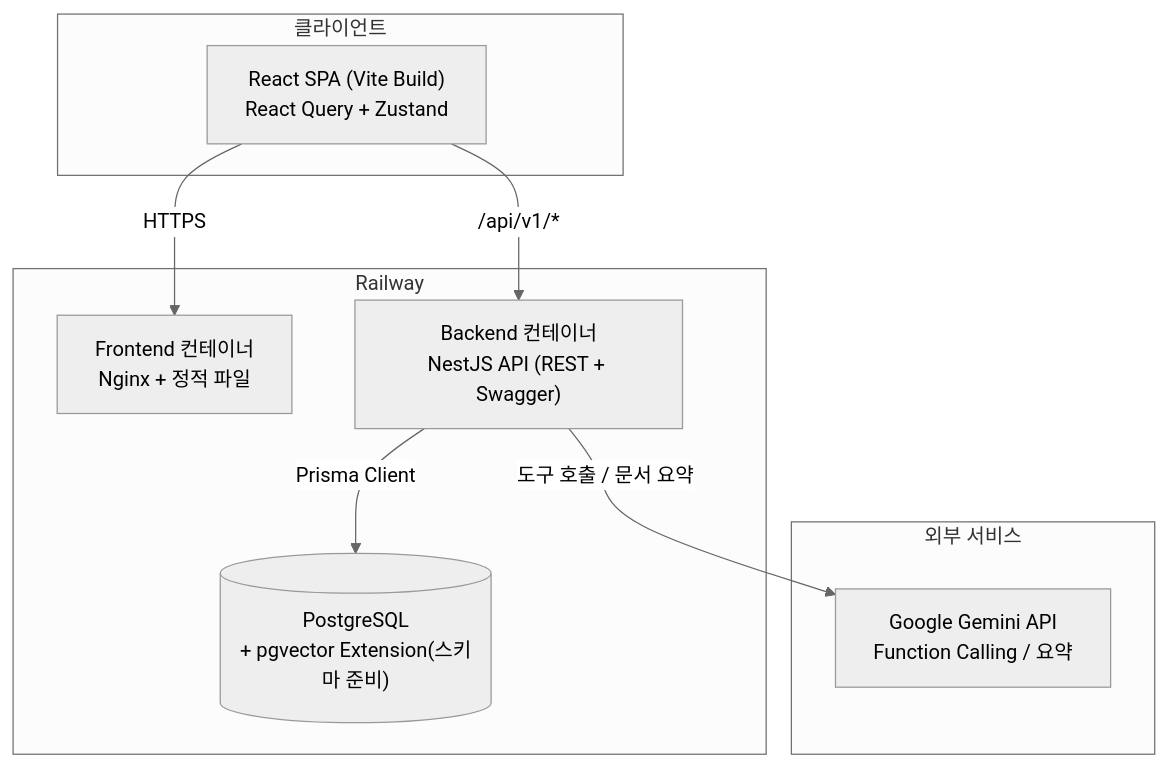
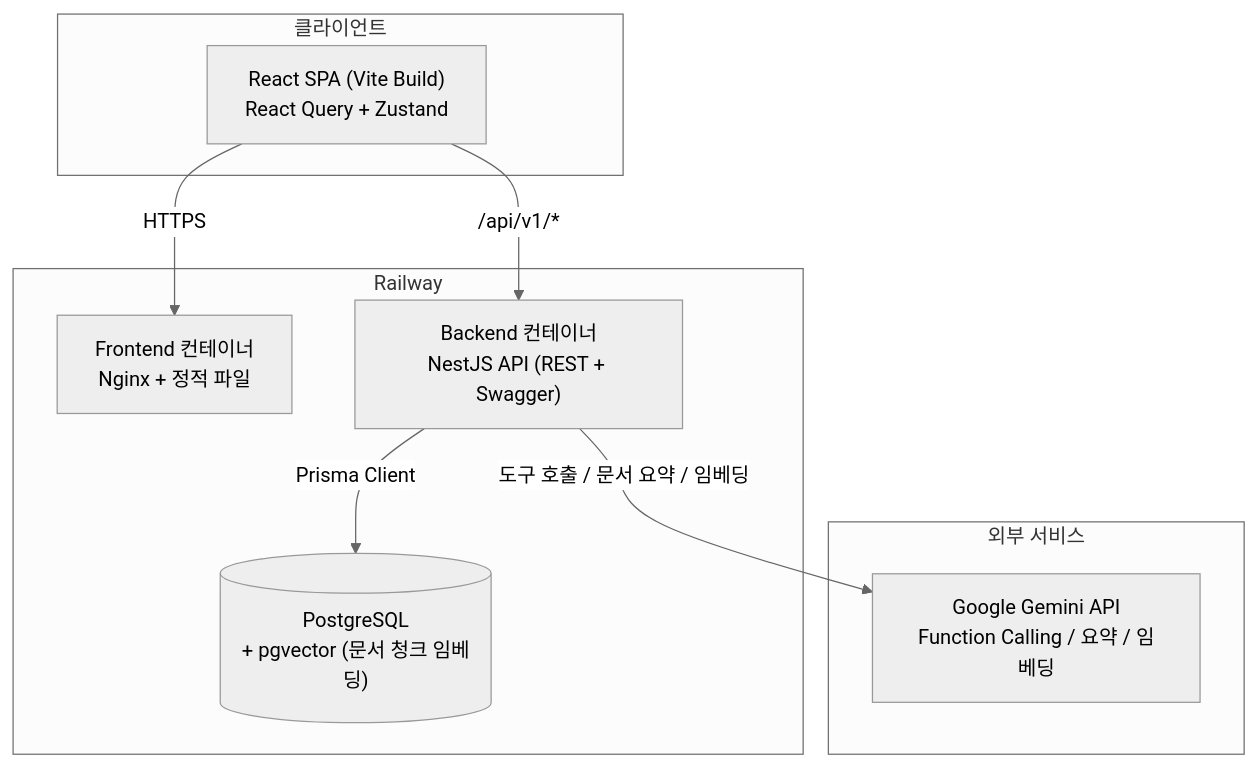
The diagram in README.md (minhahamin/SmartERP), drawn with Mermaid (neutral theme) before and after one commit. The commit also changed other lines of this file and 1 other file, not shown here.

First line of the commit message:
docs: RAG(pgvector) 구현과 챗봇 도구 16종 반영

````diff
--- a/README.md
+++ b/README.md
@@ -60,21 +60,21 @@
 ```mermaid
 flowchart TB
     subgraph Client["클라이언트"]
         Browser["React SPA (Vite Build)\nReact Query + Zustand"]
     end
 
     subgraph Railway["Railway"]
         FE["Frontend 컨테이너\nNginx + 정적 파일"]
         API["Backend 컨테이너\nNestJS API (REST + Swagger)"]
-        PG[("PostgreSQL\n+ pgvector Extension(스키마 준비)")]
+        PG[("PostgreSQL\n+ pgvector (문서 청크 임베딩)")]
     end
 
     subgraph External["외부 서비스"]
-        Gemini["Google Gemini API\nFunction Calling / 요약"]
+        Gemini["Google Gemini API\nFunction Calling / 요약 / 임베딩"]
     end
 
     Browser -- HTTPS --> FE
     Browser -- "/api/v1/*" --> API
     API -- "Prisma Client" --> PG
-    API -- "도구 호출 / 문서 요약" --> Gemini
+    API -- "도구 호출 / 문서 요약 / 임베딩" --> Gemini
 ```
````
